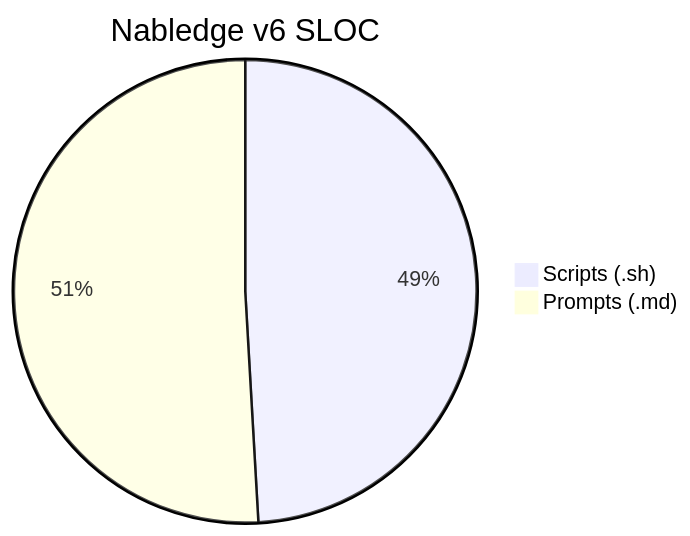
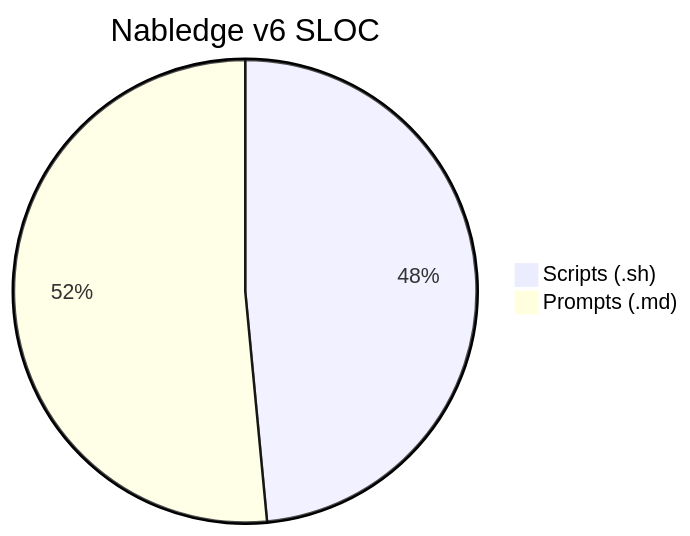
One commit to nablarch/nabledge-dev changed the ninth of 14 diagrams in docs/metrics.md. Above: the diagram before and after it, drawn with Mermaid. The commit also changed other lines of this file and 2 other files, not shown here.

````diff
--- a/docs/metrics.md
+++ b/docs/metrics.md
@@ -129,5 +129,5 @@
 ```mermaid
 pie title Nabledge v6 SLOC
-  "Scripts (.sh)" : 948
-  "Prompts (.md)" : 983
+  "Scripts (.sh)" : 951
+  "Prompts (.md)" : 1010
 ```
````
